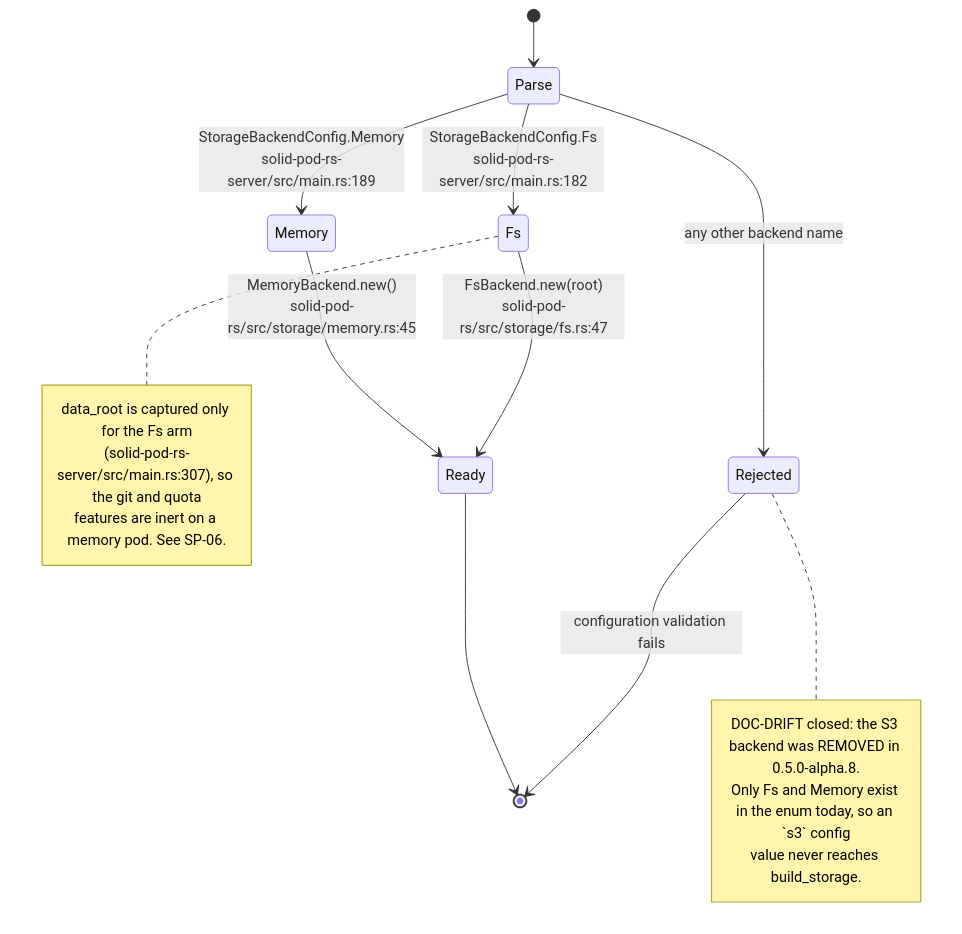
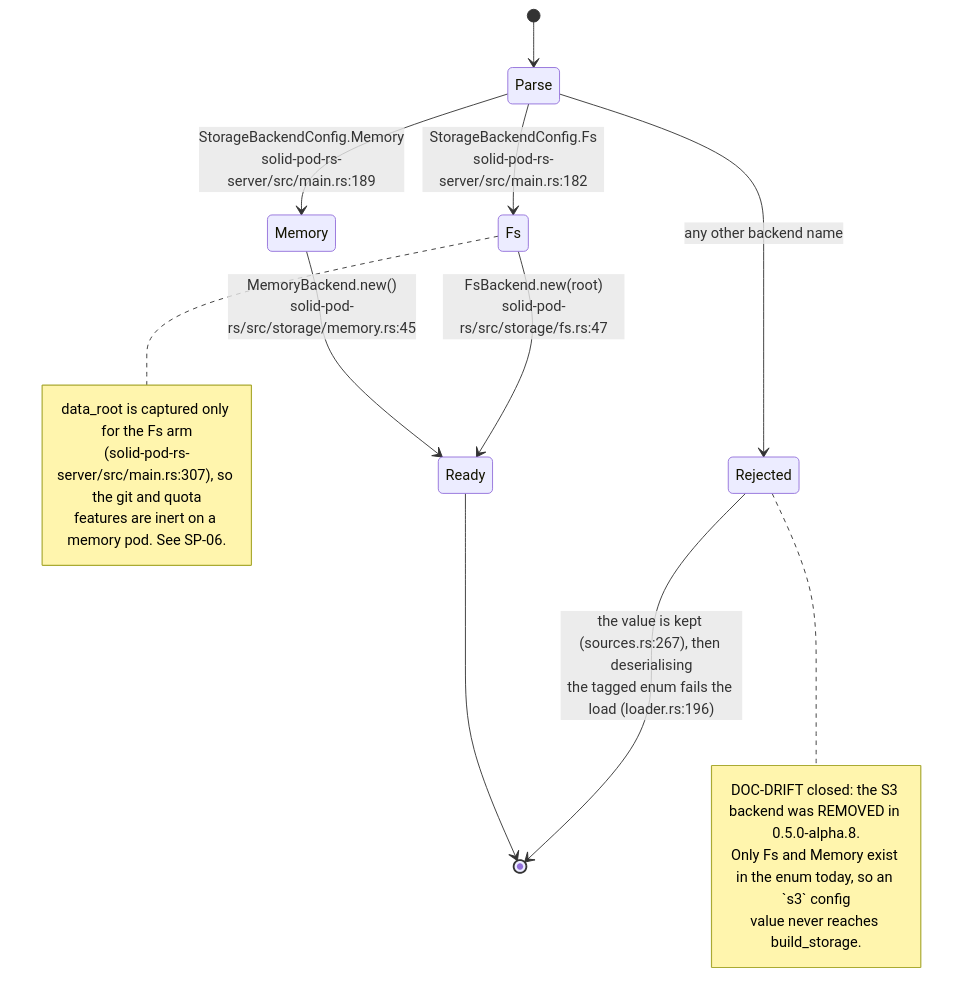
Before and after one commit to DreamLab-AI/VisionFlow: the fifth of 11 diagrams in docs/diagrams/solid-pod-rs/02-server-boot-and-routes.md, drawn with Mermaid. The commit also changed other lines of this file and 47 other files, not shown here.

````diff
--- a/docs/diagrams/solid-pod-rs/02-server-boot-and-routes.md
+++ b/docs/diagrams/solid-pod-rs/02-server-boot-and-routes.md
@@ -148,24 +155,24 @@
 ```mermaid
 stateDiagram-v2
     [*] --> Parse
     Parse --> Fs: StorageBackendConfig.Fs<br/>solid-pod-rs-server/src/main.rs:182
     Parse --> Memory: StorageBackendConfig.Memory<br/>solid-pod-rs-server/src/main.rs:189
     Parse --> Rejected: any other backend name
 
     Fs --> Ready: FsBackend.new(root)<br/>solid-pod-rs/src/storage/fs.rs:47
     Memory --> Ready: MemoryBackend.new()<br/>solid-pod-rs/src/storage/memory.rs:45
-    Rejected --> [*]: configuration validation fails
+    Rejected --> [*]: the value is kept (sources.rs:267), then deserialising<br/>the tagged enum fails the load (loader.rs:196)
 
     Ready --> [*]
 
     note right of Rejected
       DOC-DRIFT closed: the S3 backend was REMOVED in 0.5.0-alpha.8.
       Only Fs and Memory exist in the enum today, so an `s3` config
       value never reaches build_storage.
     end note
     note right of Fs
       data_root is captured only for the Fs arm
       (solid-pod-rs-server/src/main.rs:307), so the git and quota
       features are inert on a memory pod. See SP-06.
     end note
 ```
````
